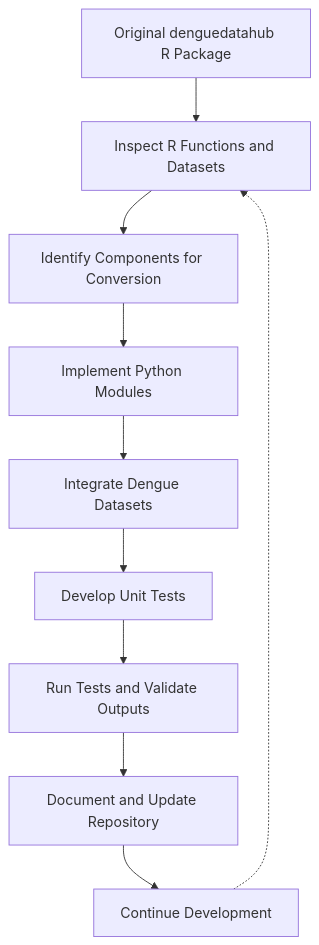
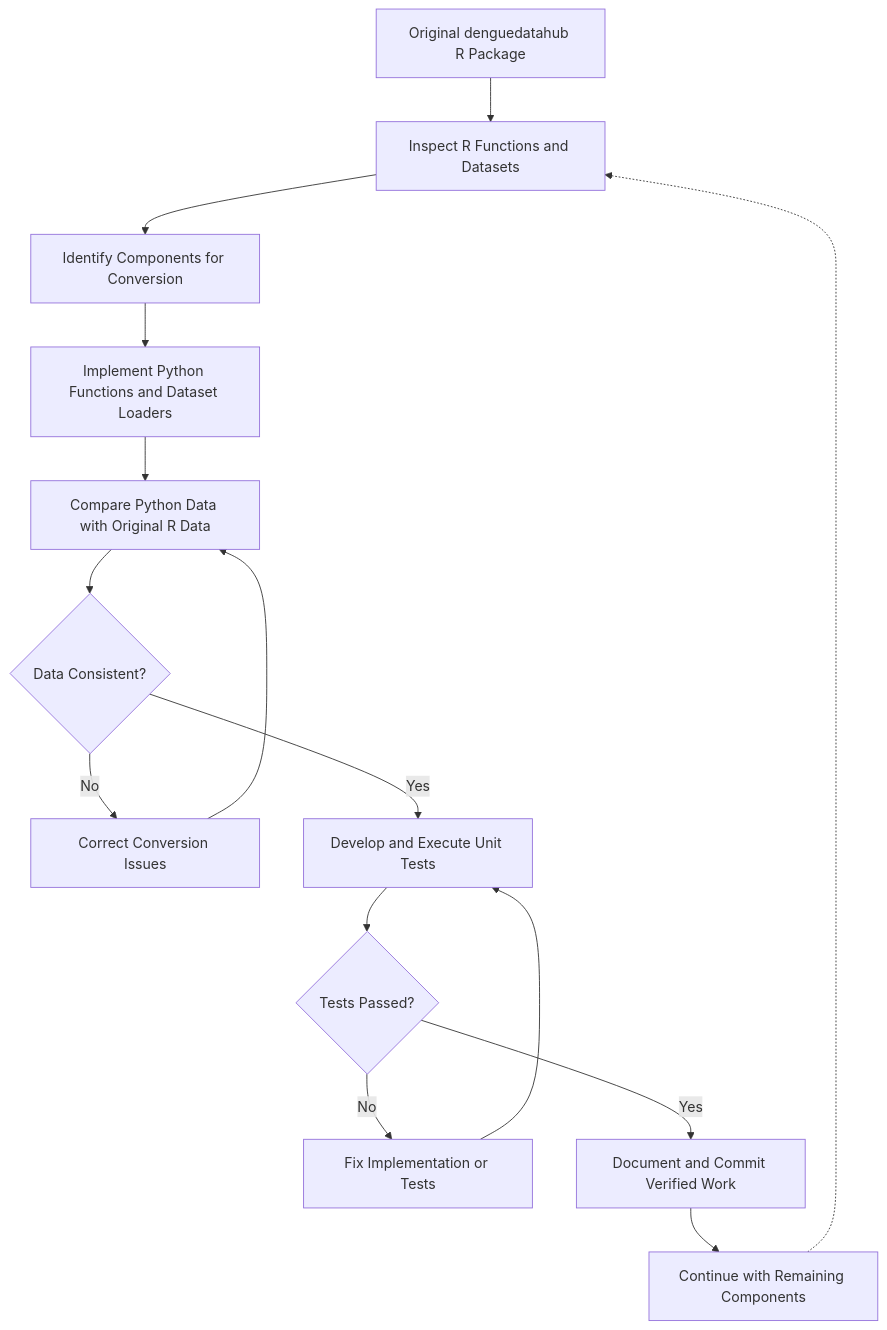
The diagram in README.md (thiyangt/denguedatahubpythonicway), drawn with Mermaid before and after one commit. The commit also changed other lines of this file, not shown here.

Commit message:
Update README with dataset validation and implementation progress

````diff
--- a/README.md
+++ b/README.md
@@ -80,22 +87,30 @@
 ```mermaid
 flowchart TD
     A["Original denguedatahub R Package"]
     B["Inspect R Functions and Datasets"]
     C["Identify Components for Conversion"]
-    D["Implement Python Modules"]
-    E["Integrate Dengue Datasets"]
-    F["Develop Unit Tests"]
-    G["Run Tests and Validate Outputs"]
-    H["Document and Update Repository"]
-    I["Continue Development"]
+    D["Implement Python Functions and Dataset Loaders"]
+    E["Compare Python Data with Original R Data"]
+    F{"Data Consistent?"}
+    G["Correct Conversion Issues"]
+    H["Develop and Execute Unit Tests"]
+    I{"Tests Passed?"}
+    J["Fix Implementation or Tests"]
+    K["Document and Commit Verified Work"]
+    L["Continue with Remaining Components"]
 
     A --> B
     B --> C
     C --> D
     D --> E
     E --> F
-    F --> G
-    G --> H
+    F -- No --> G
+    G --> E
+    F -- Yes --> H
     H --> I
-    I -.-> B
+    I -- No --> J
+    J --> H
+    I -- Yes --> K
+    K --> L
+    L -.-> B
 ```
````
